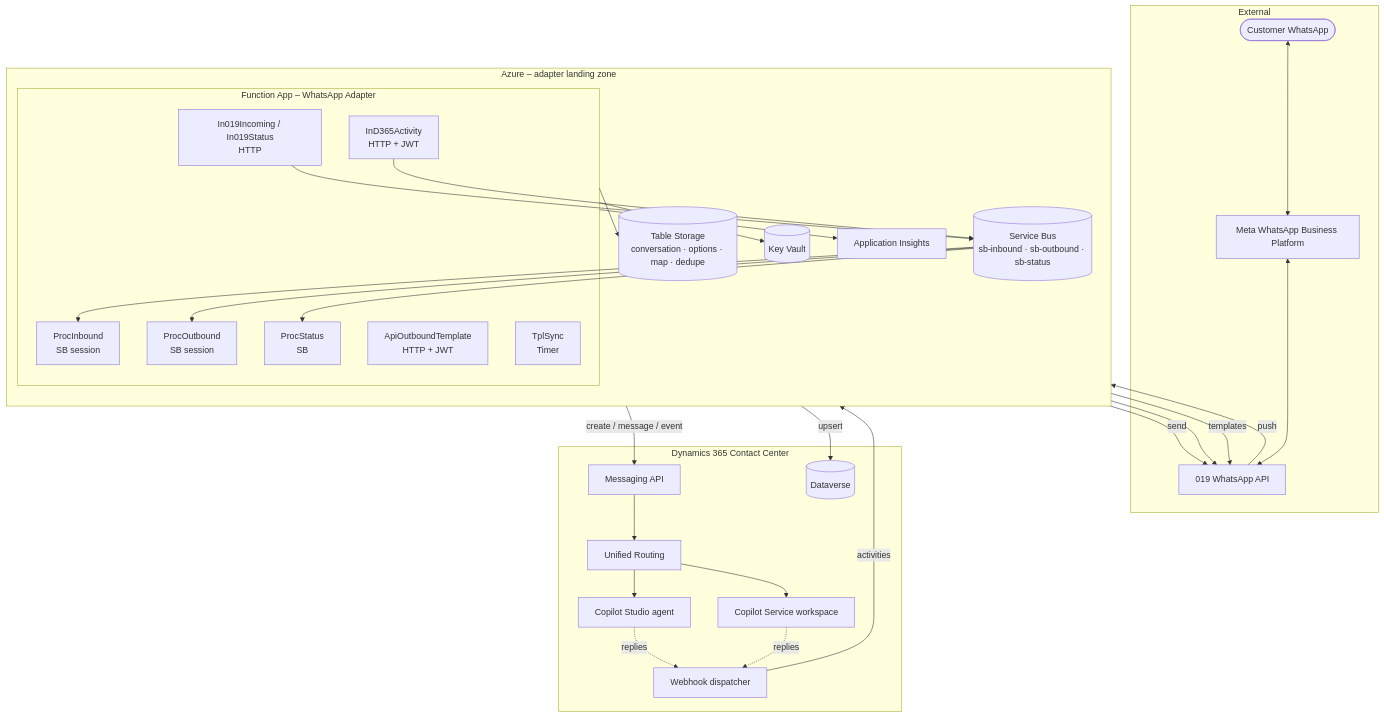
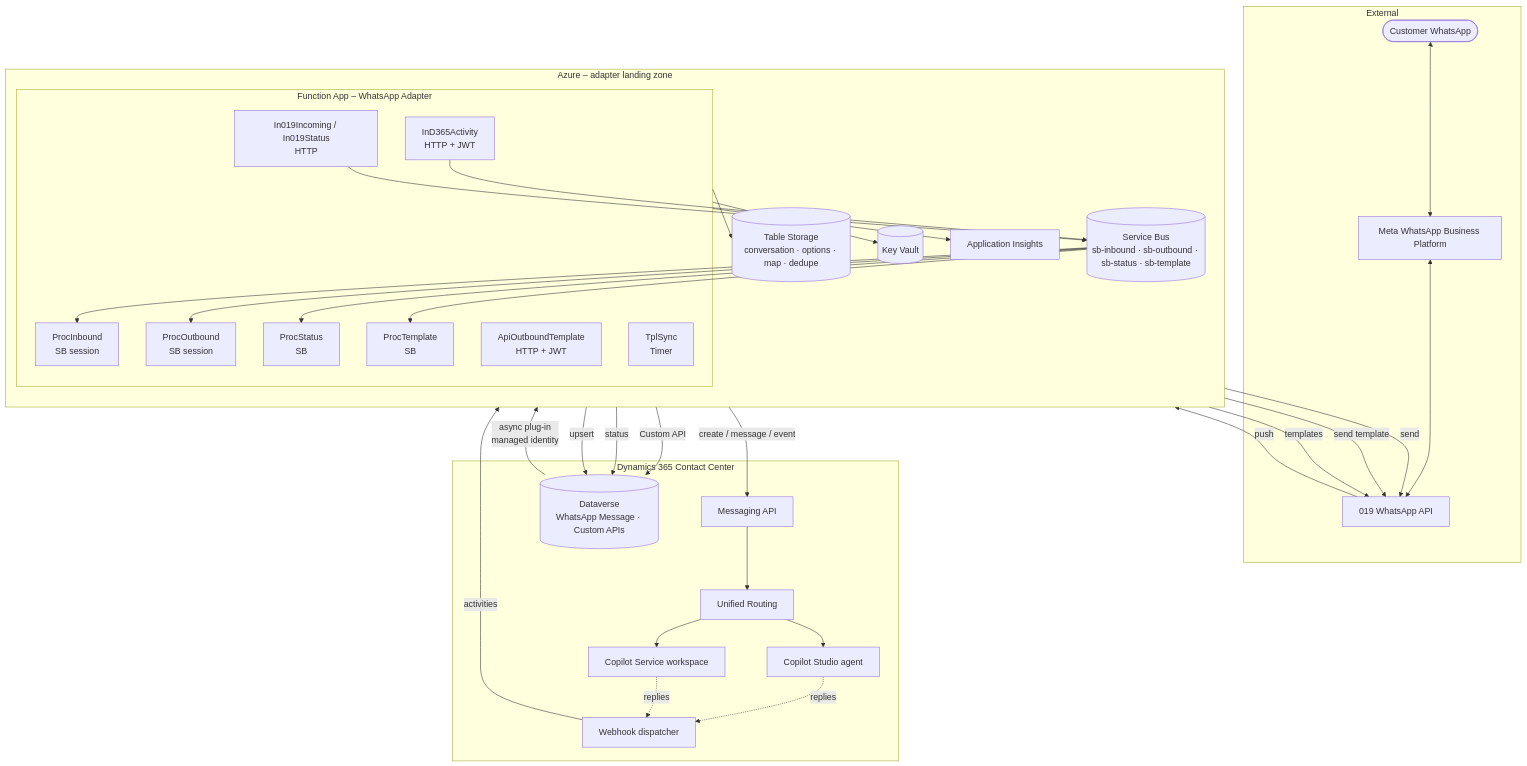
One commit to alexander-you/d365-contact-center-019-whatsapp-channel changed the first of 4 diagrams in docs/architecture.md. Above: the diagram before and after it, drawn with Mermaid. The commit also changed other lines of this file and 38 other files, not shown here.

First line of the commit message:
Outbound messaging via Dataverse elastic table and Custom APIs

````diff
--- a/docs/architecture.md
+++ b/docs/architecture.md
@@ -26,51 +26,55 @@
 ```mermaid
 flowchart TB
     subgraph EXT[External]
       CUST([Customer WhatsApp])
       META[Meta WhatsApp Business Platform]
       O19[019 WhatsApp API]
       CUST <--> META <--> O19
     end
 
     subgraph AZURE[Azure – adapter landing zone]
       direction TB
       subgraph FUNC[Function App – WhatsApp Adapter]
         IN019[In019Incoming / In019Status<br/>HTTP]
         IND365[InD365Activity<br/>HTTP + JWT]
         API[ApiOutboundTemplate<br/>HTTP + JWT]
         PIN[ProcInbound<br/>SB session]
         POUT[ProcOutbound<br/>SB session]
         PST[ProcStatus<br/>SB]
+        PTPL[ProcTemplate<br/>SB]
         TPL[TplSync<br/>Timer]
       end
-      SB[(Service Bus<br/>sb-inbound · sb-outbound · sb-status)]
+      SB[(Service Bus<br/>sb-inbound · sb-outbound · sb-status · sb-template)]
       TBL[(Table Storage<br/>conversation · options · map · dedupe)]
       KV[(Key Vault)]
       AI[Application Insights]
     end
 
     subgraph D365[Dynamics 365 Contact Center]
       MAPI[Messaging API]
       HOOK[Webhook dispatcher]
       UR[Unified Routing]
       MCS[Copilot Studio agent]
       CSW[Copilot Service workspace]
-      DV[(Dataverse)]
+      DV[(Dataverse<br/>WhatsApp Message · Custom APIs)]
     end
 
     O19 -- push --> IN019 --> SB
     SB --> PIN -- create / message / event --> MAPI
     HOOK -- activities --> IND365 --> SB
     SB --> POUT -- send --> O19
     SB --> PST
-    API --> O19
+    API -- Custom API --> DV
+    DV -- "async plug-in<br/>managed identity" --> SB
+    SB --> PTPL -- send template --> O19
+    PTPL -- status --> DV
     TPL -- templates --> O19
     TPL -- upsert --> DV
     MAPI --> UR --> MCS
     UR --> CSW
     MCS -. replies .-> HOOK
     CSW -. replies .-> HOOK
     FUNC --> TBL
     FUNC --> KV
     FUNC --> AI
 ```
````
